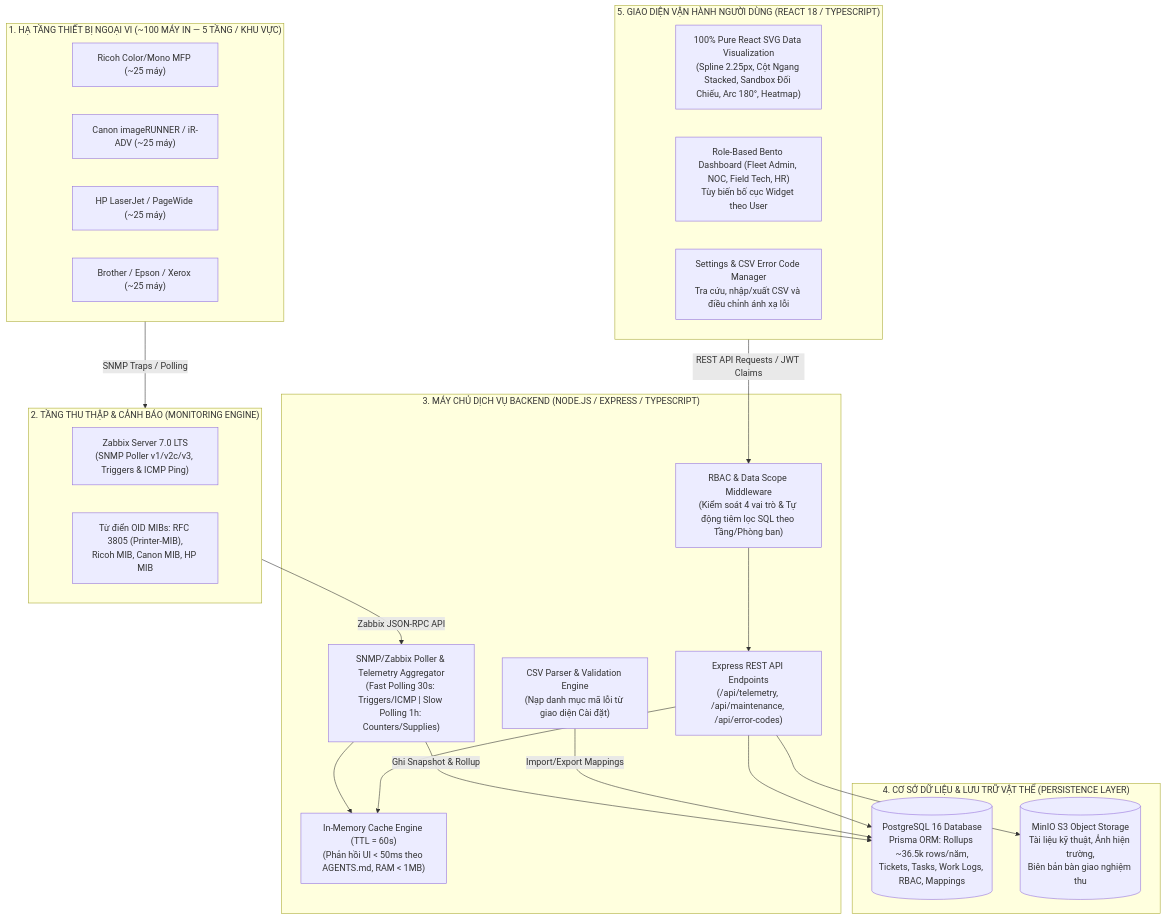
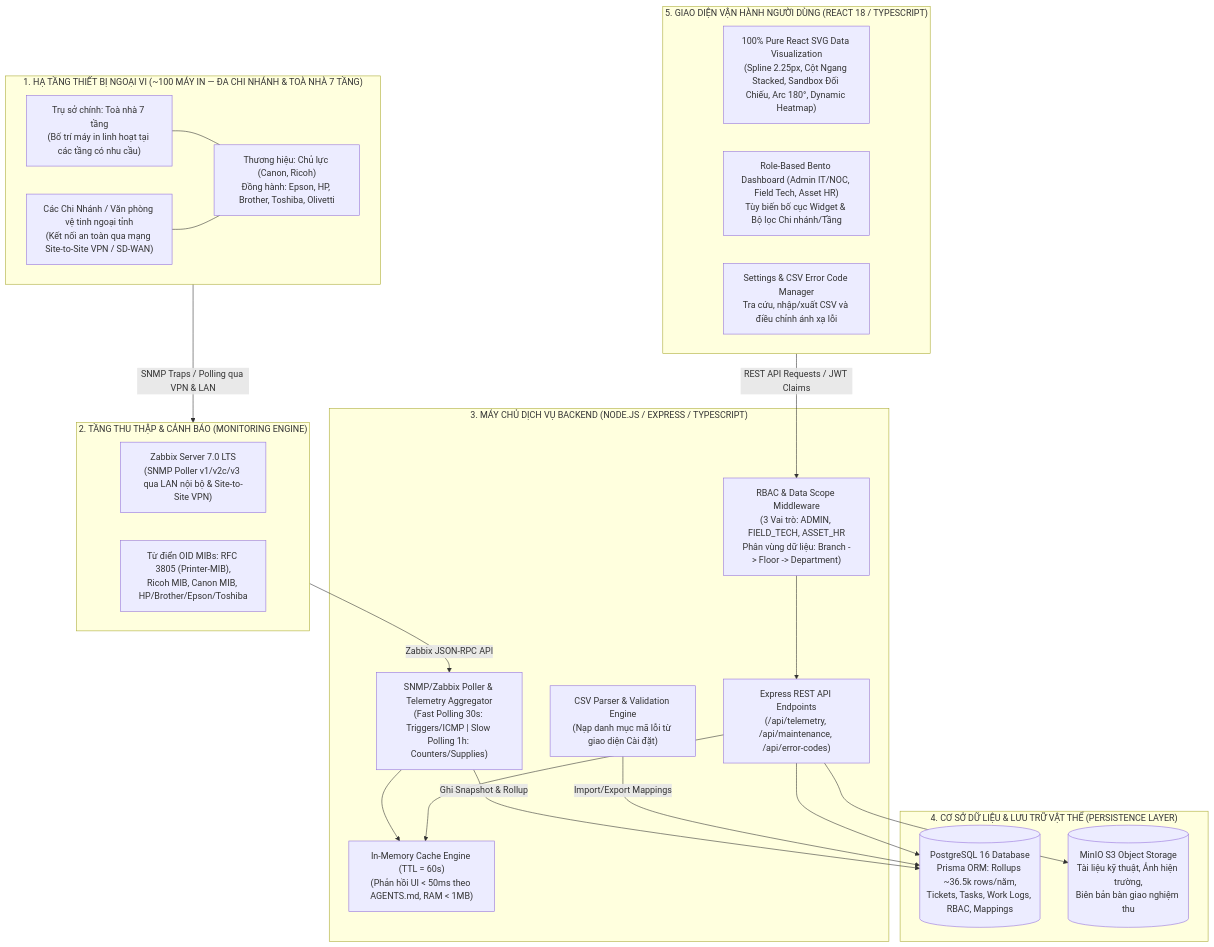
One commit to kai2202/monitoring changed the first of 2 diagrams in docs/Design/architecture.md. Above: the diagram before and after it, drawn with Mermaid. The commit also changed other lines of this file and 302 other files, not shown here.

````diff
--- a/docs/Design/architecture.md
+++ b/docs/Design/architecture.md
@@ -14,44 +14,45 @@
 ```mermaid
 flowchart TD
-    subgraph FleetLayer ["1. HẠ TẦNG THIẾT BỊ NGOẠI VI (~100 MÁY IN — 5 TẦNG / KHU VỰC)"]
-        PR1["Ricoh Color/Mono MFP (~25 máy)"]
-        PR2["Canon imageRUNNER / iR-ADV (~25 máy)"]
-        PR3["HP LaserJet / PageWide (~25 máy)"]
-        PR4["Brother / Epson / Xerox (~25 máy)"]
+    subgraph FleetLayer ["1. HẠ TẦNG THIẾT BỊ NGOẠI VI (~100 MÁY IN — ĐA CHI NHÁNH & TOÀ NHÀ 7 TẦNG)"]
+        HQ["Trụ sở chính: Toà nhà 7 tầng\n(Bố trí máy in linh hoạt tại các tầng có nhu cầu)"]
+        Branches["Các Chi Nhánh / Văn phòng vệ tinh ngoại tỉnh\n(Kết nối an toàn qua mạng Site-to-Site VPN / SD-WAN)"]
+        Brands["Thương hiệu: Chủ lực (Canon, Ricoh)\nĐồng hành: Epson, HP, Brother, Toshiba, Olivetti"]
+        HQ --- Brands
+        Branches --- Brands
     end
 
     subgraph MonitoringLayer ["2. TẦNG THU THẬP & CẢNH BÁO (MONITORING ENGINE)"]
-        Zabbix["Zabbix Server 7.0 LTS\n(SNMP Poller v1/v2c/v3, Triggers & ICMP Ping)"]
-        MIBs["Từ điển OID MIBs: RFC 3805 (Printer-MIB),\nRicoh MIB, Canon MIB, HP MIB"]
+        Zabbix["Zabbix Server 7.0 LTS\n(SNMP Poller v1/v2c/v3 qua LAN nội bộ & Site-to-Site VPN)"]
+        MIBs["Từ điển OID MIBs: RFC 3805 (Printer-MIB),\nRicoh MIB, Canon MIB, HP/Brother/Epson/Toshiba"]
     end
 
     subgraph BackendLayer ["3. MÁY CHỦ DỊCH VỤ BACKEND (NODE.JS / EXPRESS / TYPESCRIPT)"]
         Poller["SNMP/Zabbix Poller & Telemetry Aggregator\n(Fast Polling 30s: Triggers/ICMP | Slow Polling 1h: Counters/Supplies)"]
         Cache["In-Memory Cache Engine (TTL = 60s)\n(Phản hồi UI < 50ms theo AGENTS.md, RAM < 1MB)"]
-        AuthMiddleware["RBAC & Data Scope Middleware\n(Kiểm soát 4 vai trò & Tự động tiêm lọc SQL theo Tầng/Phòng ban)"]
+        AuthMiddleware["RBAC & Data Scope Middleware\n(3 Vai trò: ADMIN, FIELD_TECH, ASSET_HR\nPhân vùng dữ liệu: Branch -> Floor -> Department)"]
         APIGateway["Express REST API Endpoints\n(/api/telemetry, /api/maintenance, /api/error-codes)"]
         CSVEngine["CSV Parser & Validation Engine\n(Nạp danh mục mã lỗi từ giao diện Cài đặt)"]
     end
 
     subgraph StorageLayer ["4. CƠ SỞ DỮ LIỆU & LƯU TRỮ VẬT THỂ (PERSISTENCE LAYER)"]
         Postgres[(PostgreSQL 16 Database\nPrisma ORM: Rollups ~36.5k rows/năm,\nTickets, Tasks, Work Logs, RBAC, Mappings)]
         MinIO[(MinIO S3 Object Storage\nTài liệu kỹ thuật, Ảnh hiện trường,\nBiên bản bàn giao nghiệm thu)]
     end
 
     subgraph FrontendLayer ["5. GIAO DIỆN VẬN HÀNH NGƯỜI DÙNG (REACT 18 / TYPESCRIPT)"]
-        PureSVG["100% Pure React SVG Data Visualization\n(Spline 2.25px, Cột Ngang Stacked, Sandbox Đối Chiếu, Arc 180°, Heatmap)"]
-        Dashboards["Role-Based Bento Dashboard (Fleet Admin, NOC, Field Tech, HR)\nTùy biến bố cục Widget theo User"]
+        PureSVG["100% Pure React SVG Data Visualization\n(Spline 2.25px, Cột Ngang Stacked, Sandbox Đối Chiếu, Arc 180°, Dynamic Heatmap)"]
+        Dashboards["Role-Based Bento Dashboard (Admin IT/NOC, Field Tech, Asset HR)\nTùy biến bố cục Widget & Bộ lọc Chi nhánh/Tầng"]
         SettingsUI["Settings & CSV Error Code Manager\nTra cứu, nhập/xuất CSV và điều chỉnh ánh xạ lỗi"]
     end
 
-    FleetLayer -->|SNMP Traps / Polling| MonitoringLayer
+    FleetLayer -->|SNMP Traps / Polling qua VPN & LAN| MonitoringLayer
     MonitoringLayer -->|Zabbix JSON-RPC API| Poller
     Poller --> Cache
     Poller -->|Ghi Snapshot & Rollup| Postgres
     CSVEngine -->|Import/Export Mappings| Postgres
     APIGateway --> Cache
     APIGateway --> Postgres
     APIGateway --> MinIO
     FrontendLayer -->|REST API Requests / JWT Claims| AuthMiddleware
     AuthMiddleware --> APIGateway
 ```
````
